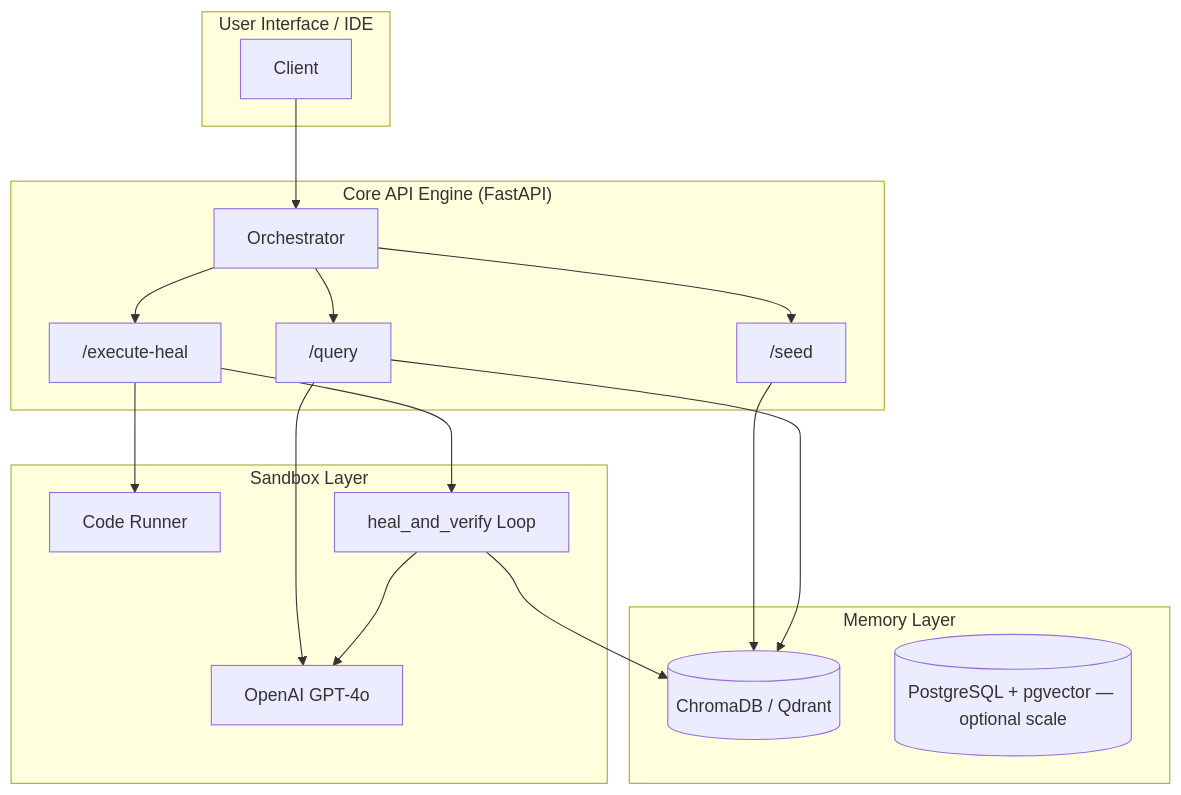
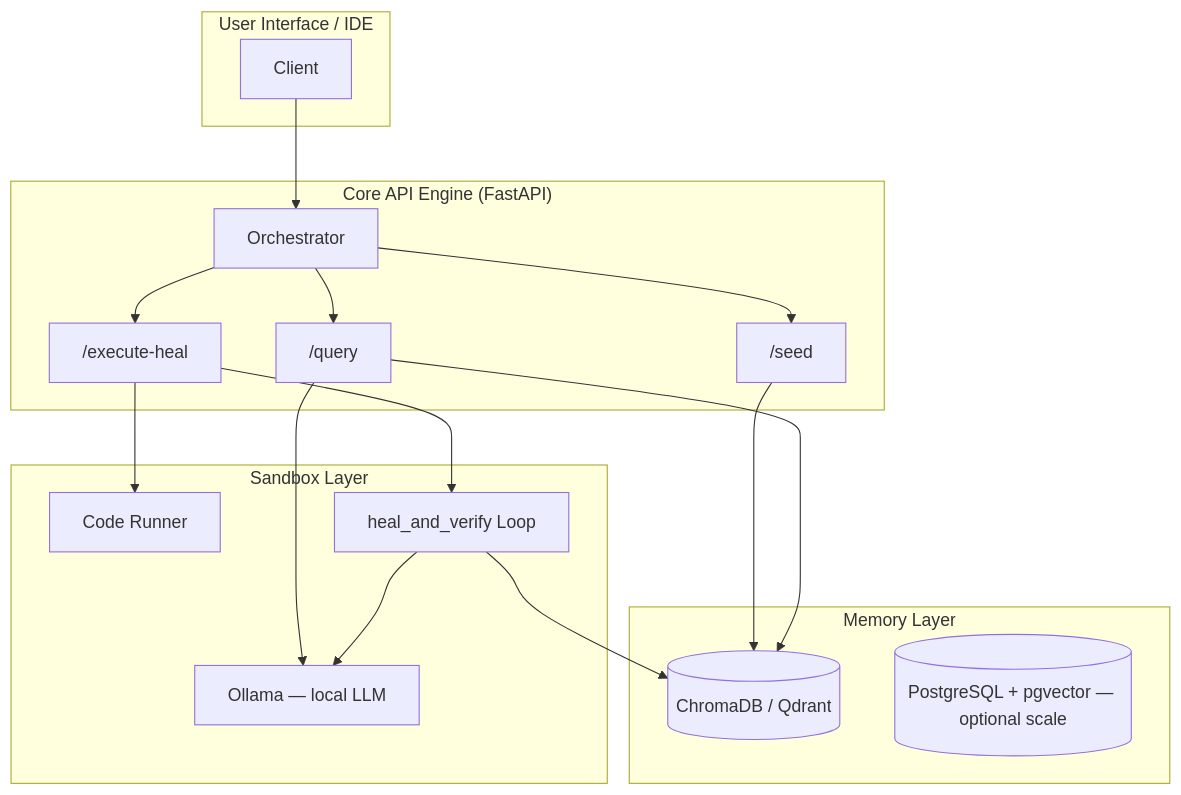
The diagram in references/architecture.md (MrWizard94-Compile/Smart-Library), drawn with Mermaid before and after one commit. The commit also changed other lines of this file and 20 other files, not shown here.

Commit message:
refactor: switch to local Ollama + HuggingFace models (no API key)

````diff
--- a/references/architecture.md
+++ b/references/architecture.md
@@ -7,36 +7,36 @@
 ```mermaid
 flowchart TB
     subgraph Client["User Interface / IDE"]
         UI[Client]
     end
 
     subgraph API["Core API Engine (FastAPI)"]
         ORCH[Orchestrator]
         SEED["/seed"]
         QUERY["/query"]
         HEAL["/execute-heal"]
     end
 
     subgraph Memory["Memory Layer"]
         VDB[(ChromaDB / Qdrant)]
         PG[(PostgreSQL + pgvector — optional scale)]
     end
 
     subgraph Sandbox["Sandbox Layer"]
         RUN[Code Runner]
         HEAL_LOOP[heal_and_verify Loop]
-        LLM[OpenAI GPT-4o]
+        LLM[Ollama — local LLM]
     end
 
     UI --> ORCH
     ORCH --> SEED
     ORCH --> QUERY
     ORCH --> HEAL
     SEED --> VDB
     QUERY --> VDB
     QUERY --> LLM
     HEAL --> RUN
     HEAL --> HEAL_LOOP
     HEAL_LOOP --> LLM
     HEAL_LOOP --> VDB
 ```
````
